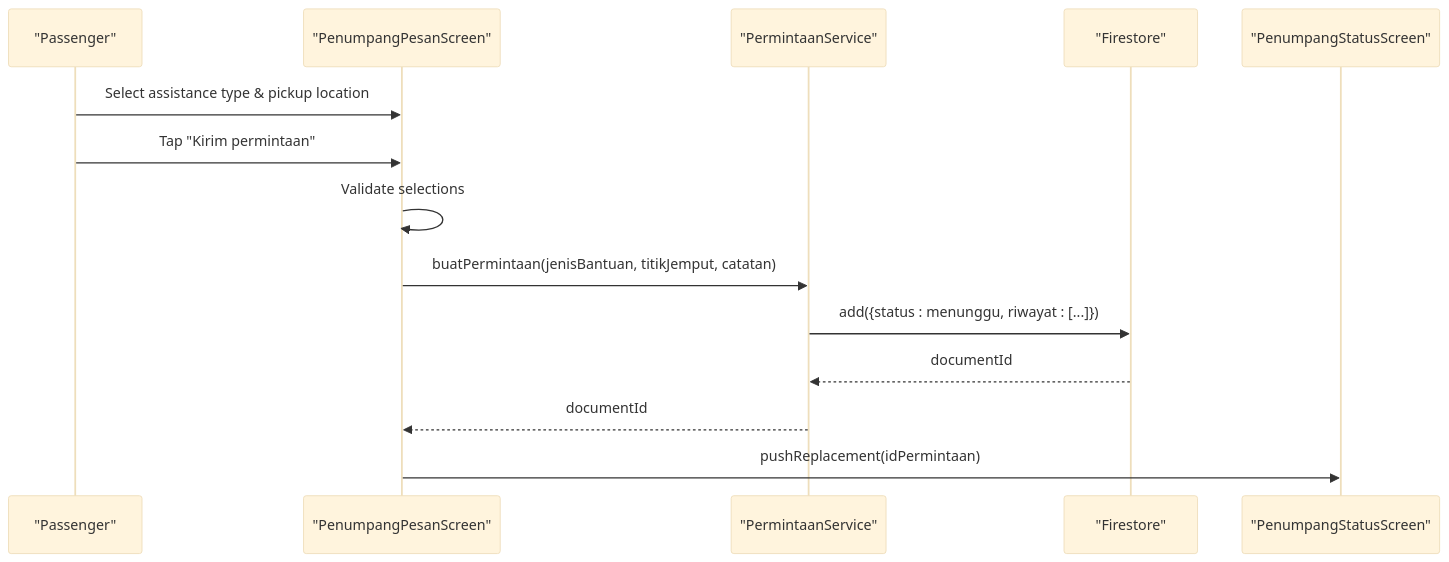
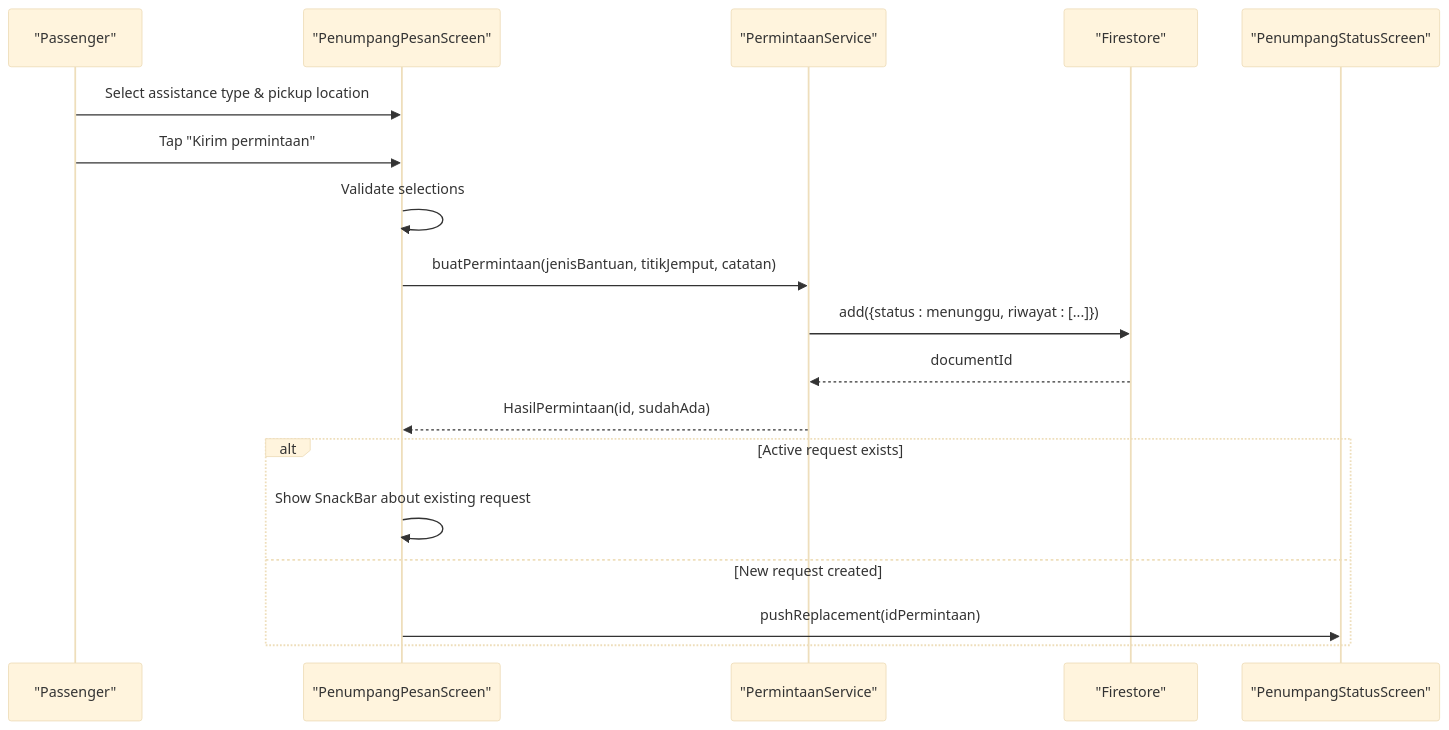
Before and after one commit to rdsarjito/whoosh-ramah: the third of 5 diagrams in .qoder/repowiki/en/content/Mobile Application/Passenger Interface/Passenger Interface.md, drawn with Mermaid (base theme). The commit also changed other lines of this file and 68 other files, not shown here.

````diff
--- a/.qoder/repowiki/en/content/Mobile Application/Passenger Interface/Passenger Interface.md
+++ b/.qoder/repowiki/en/content/Mobile Application/Passenger Interface/Passenger Interface.md
@@ -220,16 +250,20 @@
 ```mermaid
 sequenceDiagram
 participant User as "Passenger"
 participant Pesan as "PenumpangPesanScreen"
 participant Service as "PermintaanService"
 participant Firestore as "Firestore"
 participant Status as "PenumpangStatusScreen"
 User->>Pesan : Select assistance type & pickup location
 User->>Pesan : Tap "Kirim permintaan"
 Pesan->>Pesan : Validate selections
 Pesan->>Service : buatPermintaan(jenisBantuan, titikJemput, catatan)
 Service->>Firestore : add({status : menunggu, riwayat : [...]})
 Firestore-->>Service : documentId
-Service-->>Pesan : documentId
+Service-->>Pesan : HasilPermintaan(id, sudahAda)
+alt Active request exists
+Pesan->>Pesan : Show SnackBar about existing request
+else New request created
 Pesan->>Status : pushReplacement(idPermintaan)
+end
 ```
````
